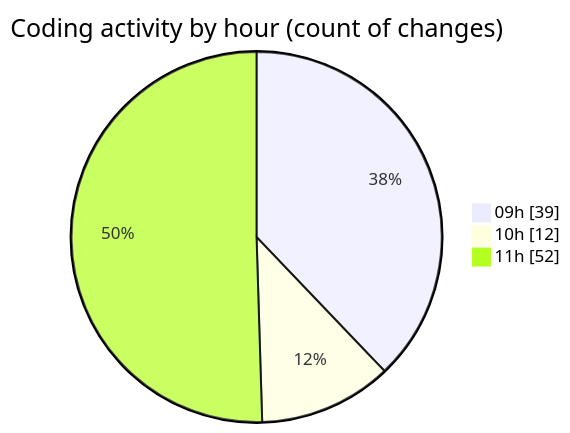
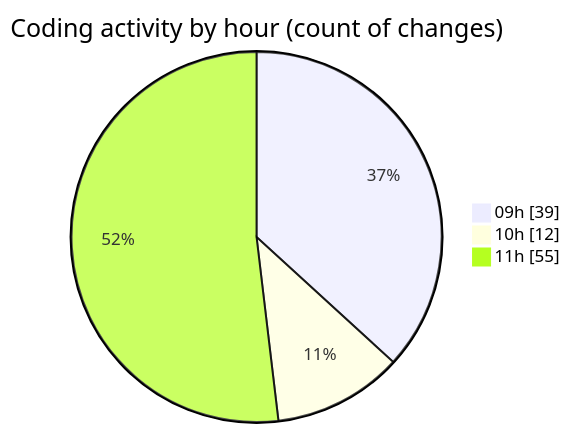
The second of 2 diagrams in 2025-03-04/cda/README.md (momahboobian/code-tracking), drawn with Mermaid before and after one commit. The commit also changed other lines of this file and 1 other file, not shown here.

````diff
--- a/2025-03-04/cda/README.md
+++ b/2025-03-04/cda/README.md
@@ -33,7 +33,7 @@
 ```mermaid
 pie showData
 title Coding activity by hour (count of changes)
 "09h" : 39
 "10h" : 12
-"11h" : 52
+"11h" : 55
 ```
````
